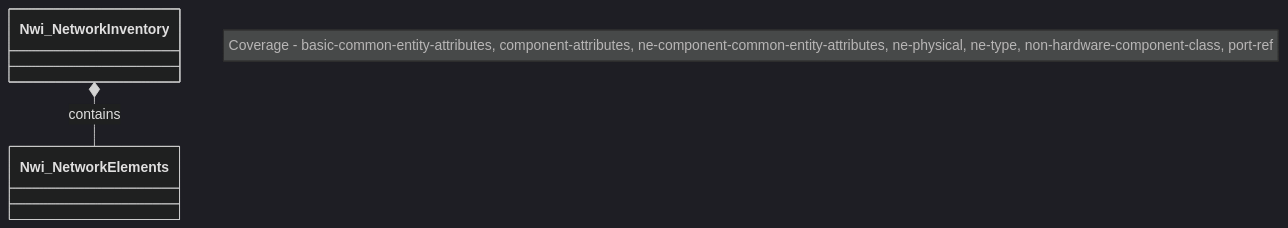
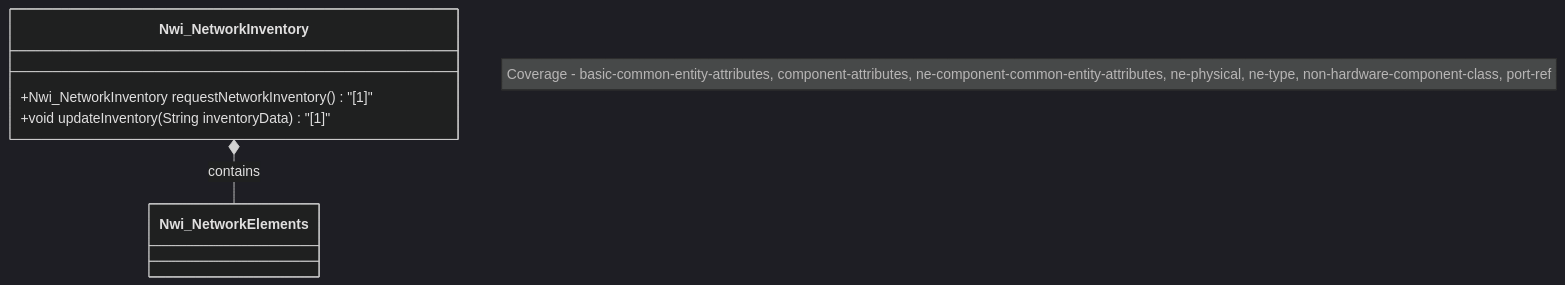
One commit to gintatkinson/3dgs-032 changed the diagram in docs/features/feat-14-network-inventory.md. Above: the diagram before and after it, drawn with Mermaid (dark theme). The commit also changed 13 other files, not shown here.

Commit message:
Add use case uc-13-network-inventory and fix linter errors

````diff
--- a/docs/features/feat-14-network-inventory.md
+++ b/docs/features/feat-14-network-inventory.md
@@ -22,7 +22,10 @@
 ```mermaid
 classDiagram
     note "Coverage - basic-common-entity-attributes, component-attributes, ne-component-common-entity-attributes, ne-physical, ne-type, non-hardware-component-class, port-ref"
-    class Nwi_NetworkInventory
+    class Nwi_NetworkInventory {
+        +Nwi_NetworkInventory requestNetworkInventory() "[1]"
+        +void updateInventory(String inventoryData) "[1]"
+    }
     class Nwi_NetworkElements
     Nwi_NetworkInventory *-- Nwi_NetworkElements : contains
 ```
````
